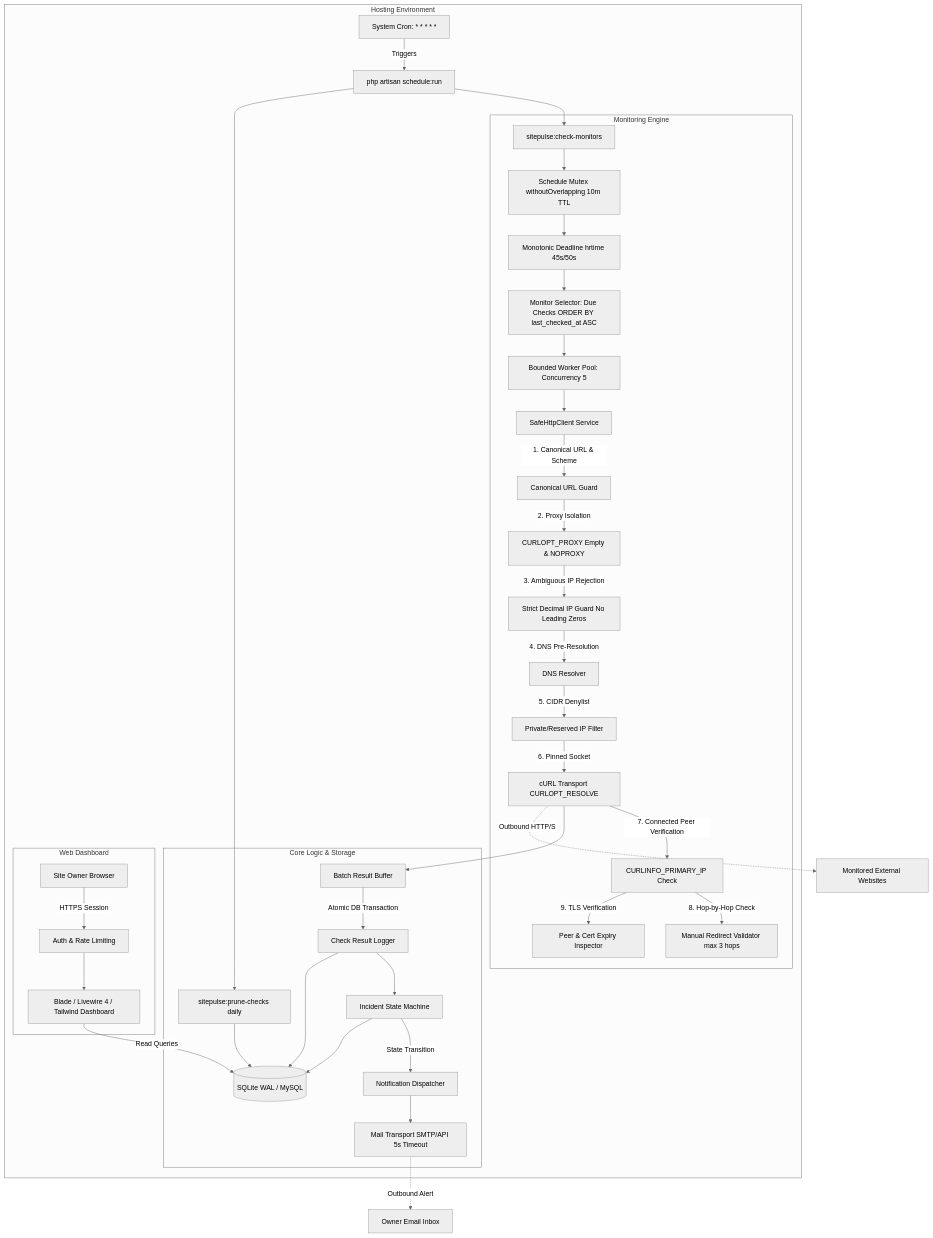
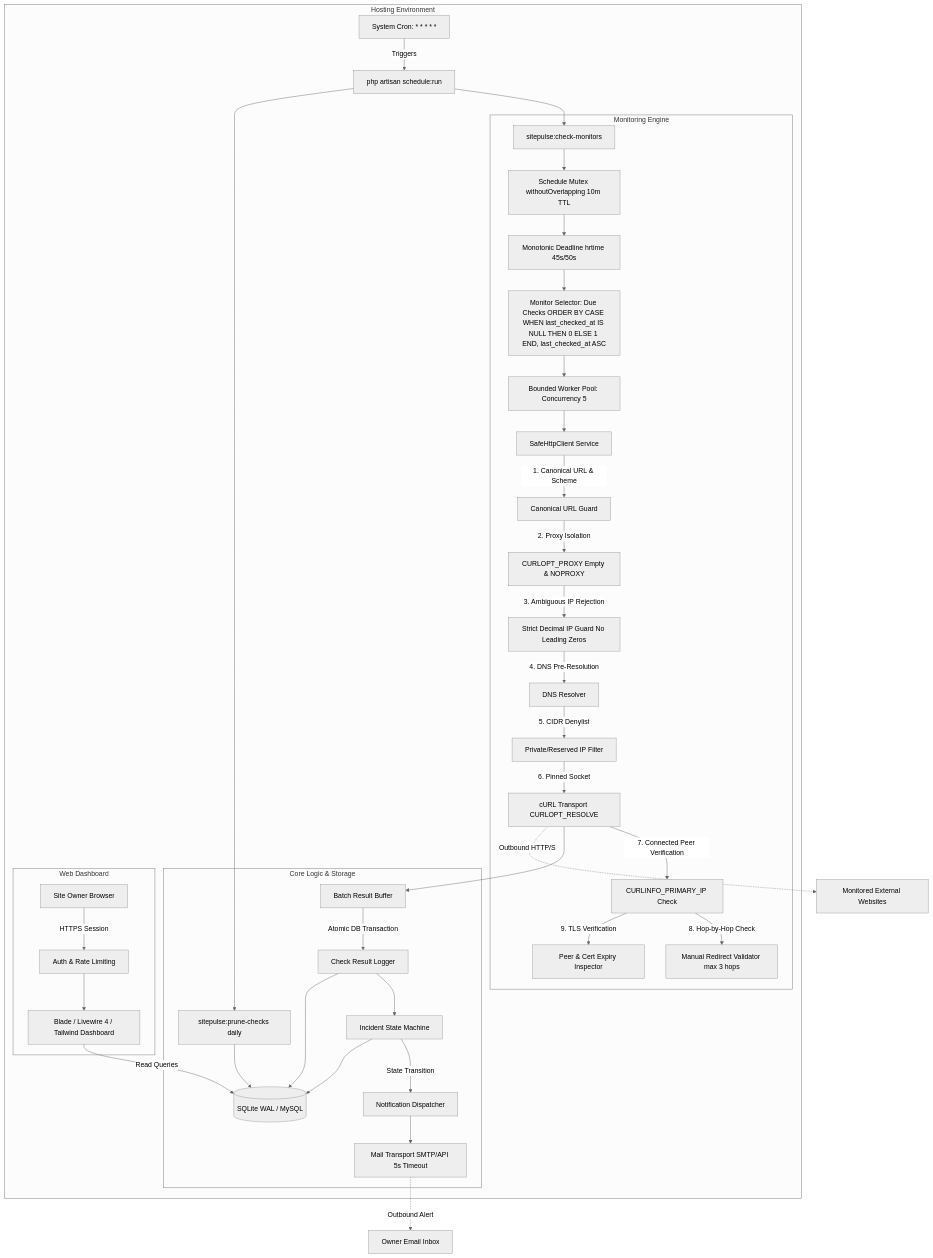
The first of 2 diagrams in docs/ARCHITECTURE.md (ayjed/SitePulse), drawn with Mermaid (neutral theme) before and after one commit. The commit also changed other lines of this file and 8 other files, not shown here.

Commit message:
refactor: add architecture, hosting requirements, test plan, ADRs, and update phase tracker

````diff
--- a/docs/ARCHITECTURE.md
+++ b/docs/ARCHITECTURE.md
@@ -12,46 +12,46 @@
 ```mermaid
 flowchart TD
     subgraph Hosting Environment
         Cron[System Cron: * * * * *] -->|Triggers| ConsoleRunner[php artisan schedule:run]
         ConsoleRunner --> CheckCmd[sitepulse:check-monitors]
         ConsoleRunner --> PruneCmd[sitepulse:prune-checks daily]
         
         subgraph Monitoring Engine
             CheckCmd --> Mutex[Schedule Mutex withoutOverlapping 10m TTL]
             Mutex --> Timer[Monotonic Deadline hrtime 45s/50s]
-            Timer --> Selector[Monitor Selector: Due Checks ORDER BY last_checked_at ASC]
+            Timer --> Selector[Monitor Selector: Due Checks ORDER BY CASE WHEN last_checked_at IS NULL THEN 0 ELSE 1 END, last_checked_at ASC]
             Selector --> Pool[Bounded Worker Pool: Concurrency 5]
             Pool --> SafeClient[SafeHttpClient Service]
             SafeClient -->|1. Canonical URL & Scheme| Guard1[Canonical URL Guard]
             Guard1 -->|2. Proxy Isolation| ProxyGuard[CURLOPT_PROXY Empty & NOPROXY]
             ProxyGuard -->|3. Ambiguous IP Rejection| IPFormat[Strict Decimal IP Guard No Leading Zeros]
             IPFormat -->|4. DNS Pre-Resolution| DNSResolver[DNS Resolver]
             DNSResolver -->|5. CIDR Denylist| IPFilter[Private/Reserved IP Filter]
             IPFilter -->|6. Pinned Socket| Transport[cURL Transport CURLOPT_RESOLVE]
             Transport -->|7. Connected Peer Verification| PeerCheck[CURLINFO_PRIMARY_IP Check]
             PeerCheck -->|8. Hop-by-Hop Check| RedirectMgr[Manual Redirect Validator max 3 hops]
             PeerCheck -->|9. TLS Verification| TLSGuard[Peer & Cert Expiry Inspector]
         end
         
         subgraph Core Logic & Storage
             Transport --> BatchBuffer[Batch Result Buffer]
             BatchBuffer -->|Atomic DB Transaction| CheckLogger[Check Result Logger]
             CheckLogger --> StateMachine[Incident State Machine]
             StateMachine -->|State Transition| Notifier[Notification Dispatcher]
             Notifier --> Mailer[Mail Transport SMTP/API 5s Timeout]
             
             CheckLogger --> DB[(SQLite WAL / MySQL)]
             StateMachine --> DB
             PruneCmd --> DB
         end
         
         subgraph Web Dashboard
             Owner[Site Owner Browser] -->|HTTPS Session| Auth[Auth & Rate Limiting]
             Auth --> Dashboard[Blade / Livewire 4 / Tailwind Dashboard]
             Dashboard -->|Read Queries| DB
         end
     end
 
     Transport -.->|Outbound HTTP/S| ExternalSites[Monitored External Websites]
     Mailer -.->|Outbound Alert| OwnerMail[Owner Email Inbox]
 ```
````
